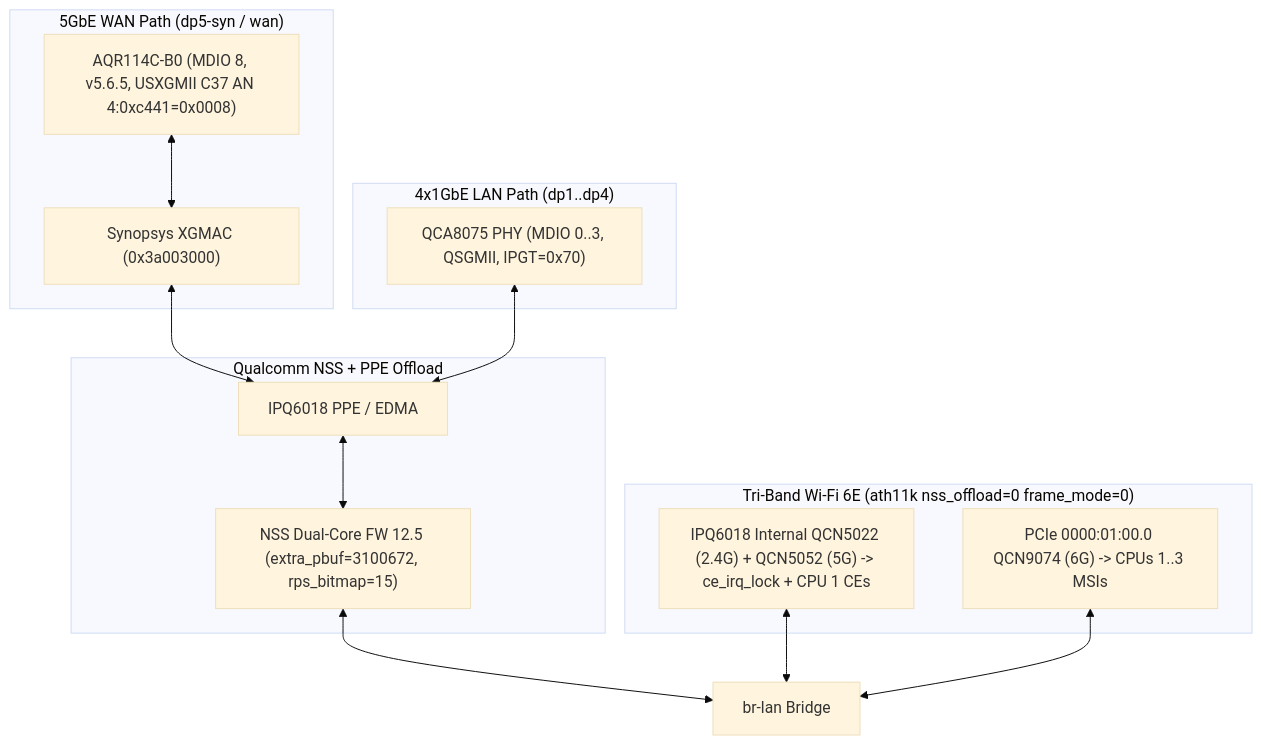
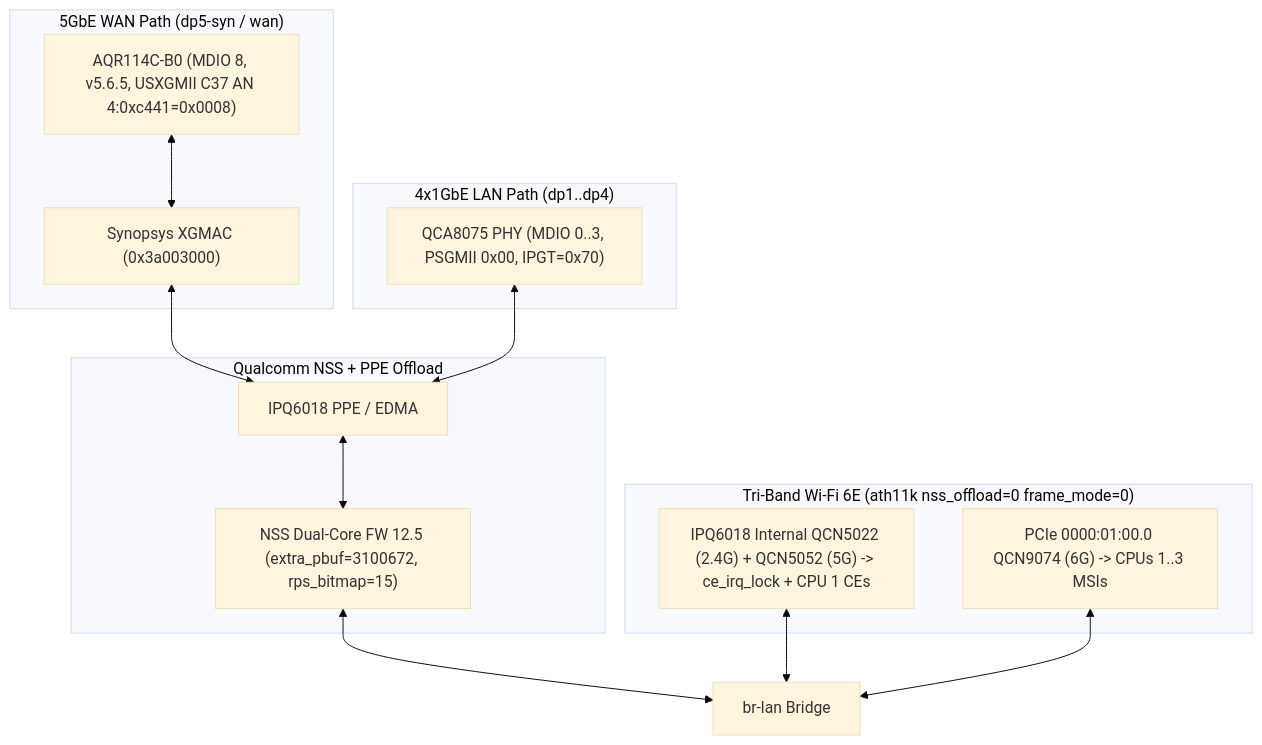
One commit to SanjayRavindran/Linksys-MR7500-NSS changed the diagram in .agents/skills/mr7500-nss-openwrt/references/hardware-and-dts-audit.md. Above: the diagram before and after it, drawn with Mermaid (base theme). The commit also changed other lines of this file and 13 other files, not shown here.

Commit message:
docs & cleanup: update MR7500 docs for Patch 0008 PSGMII, add Mermaid flowcharts, and harden TC-05

````diff
--- a/.agents/skills/mr7500-nss-openwrt/references/hardware-and-dts-audit.md
+++ b/.agents/skills/mr7500-nss-openwrt/references/hardware-and-dts-audit.md
@@ -34,29 +34,29 @@
 ```mermaid
 flowchart TB
     subgraph WAN["5GbE WAN Path (dp5-syn / wan)"]
         AQR["AQR114C-B0 (MDIO 8, v5.6.5, USXGMII C37 AN 4:0xc441=0x0008)"]
         XGMAC["Synopsys XGMAC (0x3a003000)"]
         AQR <--> XGMAC
     end
 
     subgraph LAN["4x1GbE LAN Path (dp1..dp4)"]
-        QCA["QCA8075 PHY (MDIO 0..3, QSGMII, IPGT=0x70)"]
+        QCA["QCA8075 PHY (MDIO 0..3, PSGMII 0x00, IPGT=0x70)"]
     end
 
     subgraph Offload["Qualcomm NSS + PPE Offload"]
         PPE["IPQ6018 PPE / EDMA"]
         NSS["NSS Dual-Core FW 12.5 (extra_pbuf=3100672, rps_bitmap=15)"]
         XGMAC <--> PPE
         QCA <--> PPE
         PPE <--> NSS
     end
 
     subgraph WiFi["Tri-Band Wi-Fi 6E (ath11k nss_offload=0 frame_mode=0)"]
         AHB["IPQ6018 Internal QCN5022 (2.4G) + QCN5052 (5G) -> ce_irq_lock + CPU 1 CEs"]
         PCI["PCIe 0000:01:00.0 QCN9074 (6G) -> CPUs 1..3 MSIs"]
     end
 
     NSS <--> BR["br-lan Bridge"]
     AHB <--> BR
     PCI <--> BR
 ```
````
